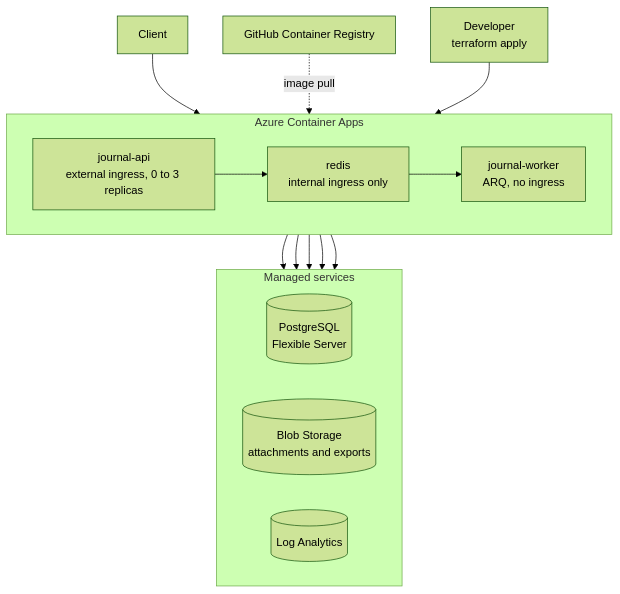
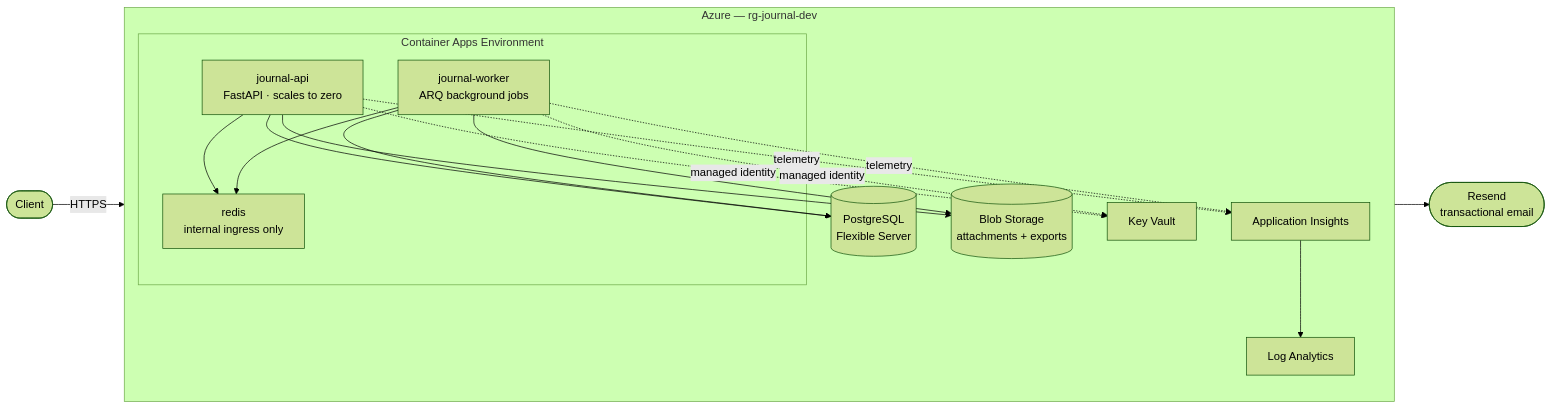
The diagram in README.md (Akadir695/journal-api), drawn with Mermaid (forest theme) before and after one commit. The commit also changed other lines of this file, not shown here.

````diff
--- a/README.md
+++ b/README.md
@@ -68,31 +25,36 @@
 ```mermaid
-flowchart TD
-    client[Client]
-    ghcr["GitHub Container Registry"]
-    dev["Developer<br/>terraform apply"]
+flowchart LR
+    Client([Client])
 
-    subgraph aca["Azure Container Apps"]
-        direction LR
-        app["journal-api<br/>external ingress, 0 to 3 replicas"]
-        worker["journal-worker<br/>ARQ, no ingress"]
-        redis["redis<br/>internal ingress only"]
+    subgraph Azure["Azure — rg-journal-dev"]
+        direction TB
+
+        subgraph CAE["Container Apps Environment"]
+            API["journal-api<br/>FastAPI · scales to zero"]
+            Worker["journal-worker<br/>ARQ background jobs"]
+            Redis["redis<br/>internal ingress only"]
+        end
+
+        PG[("PostgreSQL<br/>Flexible Server")]
+        Blob[("Blob Storage<br/>attachments + exports")]
+        KV["Key Vault"]
+        AI["Application Insights"]
+        LA["Log Analytics"]
     end
 
-    subgraph data["Managed services"]
-        direction LR
-        pg[("PostgreSQL<br/>Flexible Server")]
-        blob[("Blob Storage<br/>attachments and exports")]
-        logs[("Log Analytics")]
-    end
+    Resend([Resend<br/>transactional email])
 
-    client --> app
-    ghcr -.->|image pull| aca
-    dev --> aca
-    app --> pg
-    app --> redis
-    app --> blob
-    redis --> worker
-    worker --> pg
-    worker --> blob
-    aca --> logs
+    Client -->|HTTPS| API
+    API --> PG
+    API --> Redis
+    API --> Blob
+    Worker --> PG
+    Worker --> Redis
+    Worker --> Blob
+    Worker --> Resend
+    API -.telemetry.-> AI
+    Worker -.telemetry.-> AI
+    AI --> LA
+    API -.managed identity.-> KV
+    Worker -.managed identity.-> KV
 ```
````
